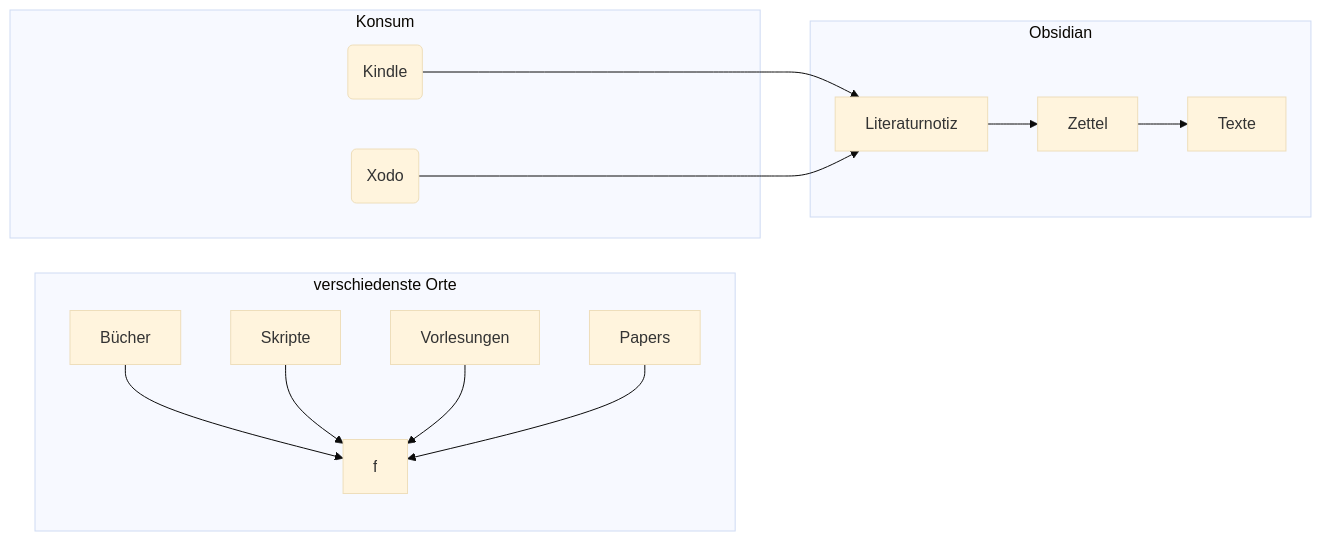
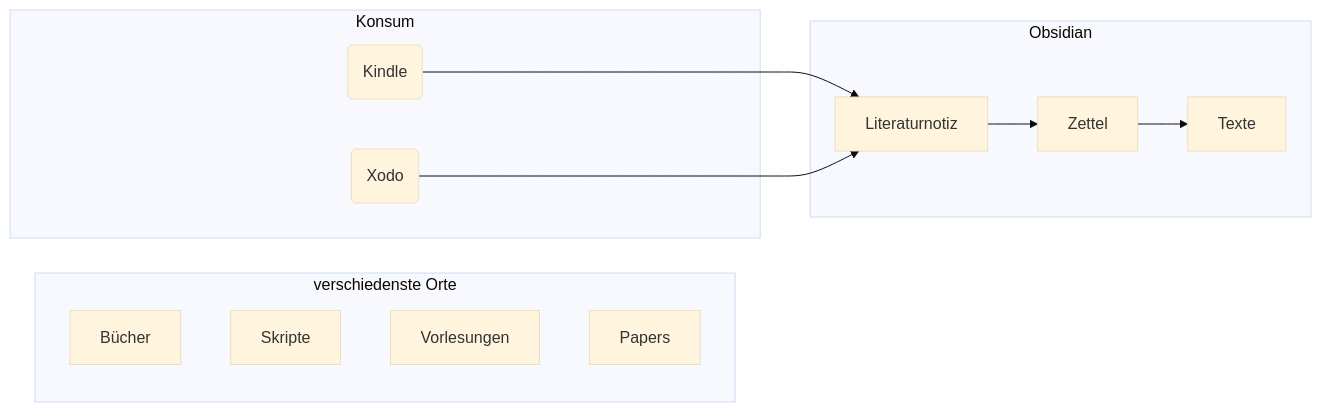
One commit to julianstoerig/zettelkasten changed the diagram in System/Informationsverarbeitung.md. Above: the diagram before and after it, drawn with Mermaid (base theme). The commit also changed 1 other file, not shown here.

Commit message:
automatic version-control: 2021-01-11 22:52:50

````diff
--- a/System/Informationsverarbeitung.md
+++ b/System/Informationsverarbeitung.md
@@ -1,36 +1,35 @@
 ```mermaid
 graph LR;
 
 B["Bücher"]
 S["Skripte"]
 V["Vorlesungen"]
 P["Papers"]
 
 K("Kindle")
 X("Xodo")
 
 L["Literaturnotiz"]
 Z["Zettel"]
 T["Texte"]
 
 subgraph verschiedenste Orte
-	B --> f
-	S --> f
-	V --> f
-	P --> f
+	B
+	S
+	V
+	P
 end
 
 subgraph Konsum
 	K
 	X
 end
 
 K --> L
 X --> L
 
-subgraph Obsidian
-	
+subgraph Obsidian	
 	L --> Z
 	Z --> T
 end
 ```
````
